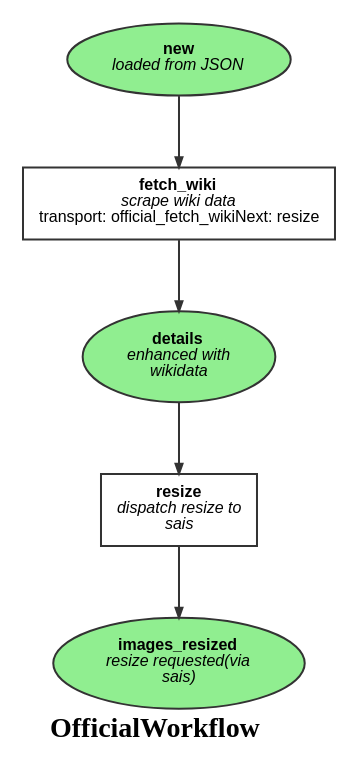
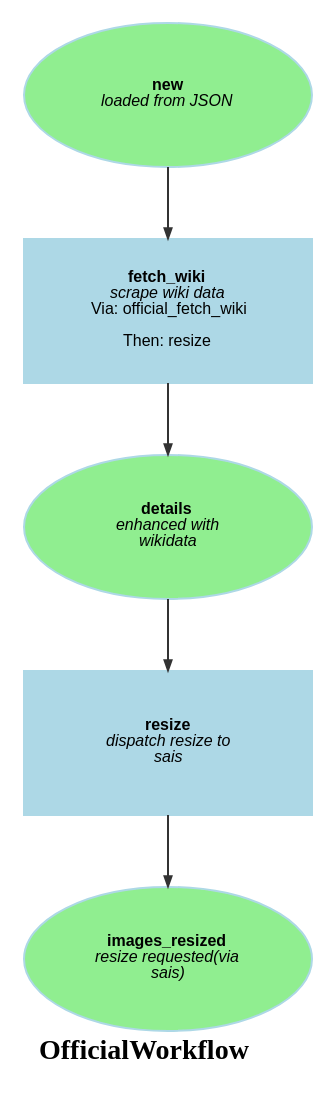
One commit to survos-sites/dt-demo changed the diagram in doc/OfficialWorkflow.dot. Above: the diagram before and after it, drawn with Graphviz. The commit also changed 2 other files, not shown here.

```diff
--- a/doc/OfficialWorkflow.dot
+++ b/doc/OfficialWorkflow.dot
@@ -1,15 +1,15 @@
 digraph workflow {
   ratio="compress" rankdir="TB" label=<<B>OfficialWorkflow</B>>
-  node [fontsize="8" fontname="Arial" color="#333333" fillcolor="lightgreen" fixedsize="false" width="1"];
+  node [fontsize="8" fontname="Arial" color="lightBlue" style="filled" fixedsize="false" width="2" height="1"];
   edge [fontsize="7" fontname="Arial" color="#333333" arrowhead="normal" arrowsize="0.5"];
 
   place_new [label=<<B>new</B><BR/><I>loaded from JSON</I>>, shape=oval fillcolor="lightgreen" style="filled"];
   place_details [label=<<B>details</B><BR/><I>enhanced with<BR/>wikidata</I>>, shape=oval fillcolor="lightgreen" style="filled"];
   place_images_resized [label=<<B>images_resized</B><BR/><I>resize requested(via<BR/>sais)</I>>, shape=oval fillcolor="lightgreen" style="filled"];
-  transition_0 [label=<<B>fetch_wiki</B><BR/><I>scrape wiki data</I><BR/>transport: official_fetch_wikiNext: resize>, shape="box" regular=""];
+  transition_0 [label=<<B>fetch_wiki</B><BR/><I>scrape wiki data</I><BR/>Via: official_fetch_wiki<BR/><BR/>Then: resize>, shape="box" regular=""];
   transition_1 [label=<<B>resize</B><BR/><I>dispatch resize to<BR/>sais</I>>, shape="box" regular=""];
   place_new -> transition_0 [style="solid", comment="new"];
   transition_0 -> place_details [style="solid"];
   place_details -> transition_1 [style="solid", comment="details"];
   transition_1 -> place_images_resized [style="solid"];
 }
```
